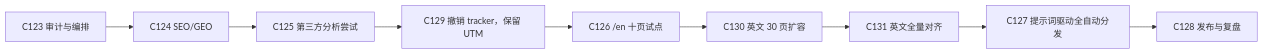
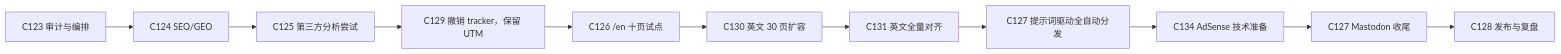
One commit to IllegalCreed/algorithms-visualization changed the diagram in docs/marketing/roadmap.md. Above: the diagram before and after it, drawn with Mermaid. The commit also changed other lines of this file and 13 other files, not shown here.

````diff
--- a/docs/marketing/roadmap.md
+++ b/docs/marketing/roadmap.md
@@ -35,11 +35,13 @@
 ```mermaid
 flowchart LR
   C123["C123 审计与编排"] --> C124["C124 SEO/GEO"]
   C124 --> C125["C125 第三方分析尝试"]
   C125 --> C129["C129 撤销 tracker，保留 UTM"]
   C129 --> C126["C126 /en 十页试点"]
   C126 --> C130["C130 英文 30 页扩容"]
   C130 --> C131["C131 英文全量对齐"]
   C131 --> C127["C127 提示词驱动全自动分发"]
-  C127 --> C128["C128 发布与复盘"]
+  C127 --> C134["C134 AdSense 技术准备"]
+  C134 --> C127B["C127 Mastodon 收尾"]
+  C127B --> C128["C128 发布与复盘"]
 ```
````
